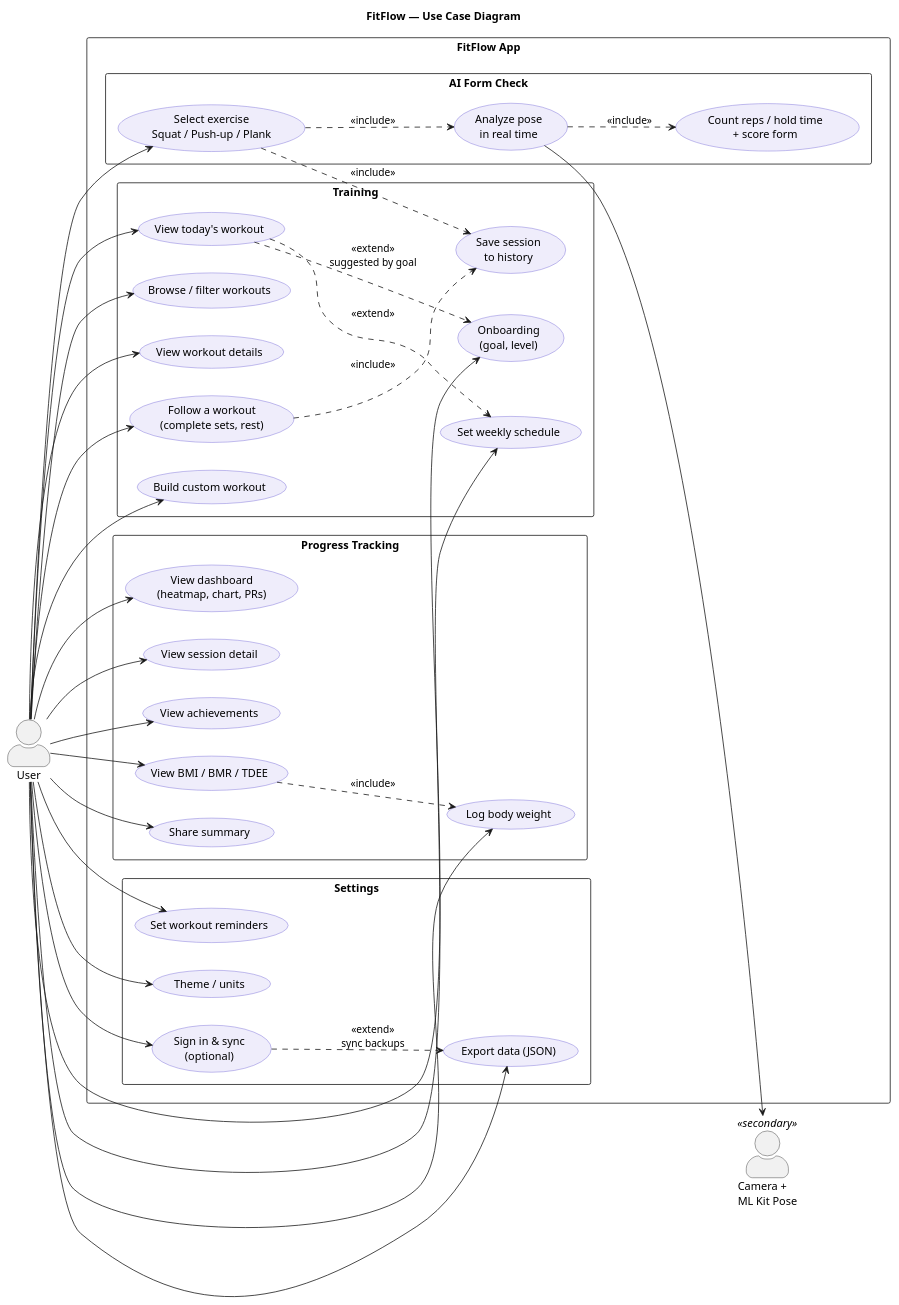
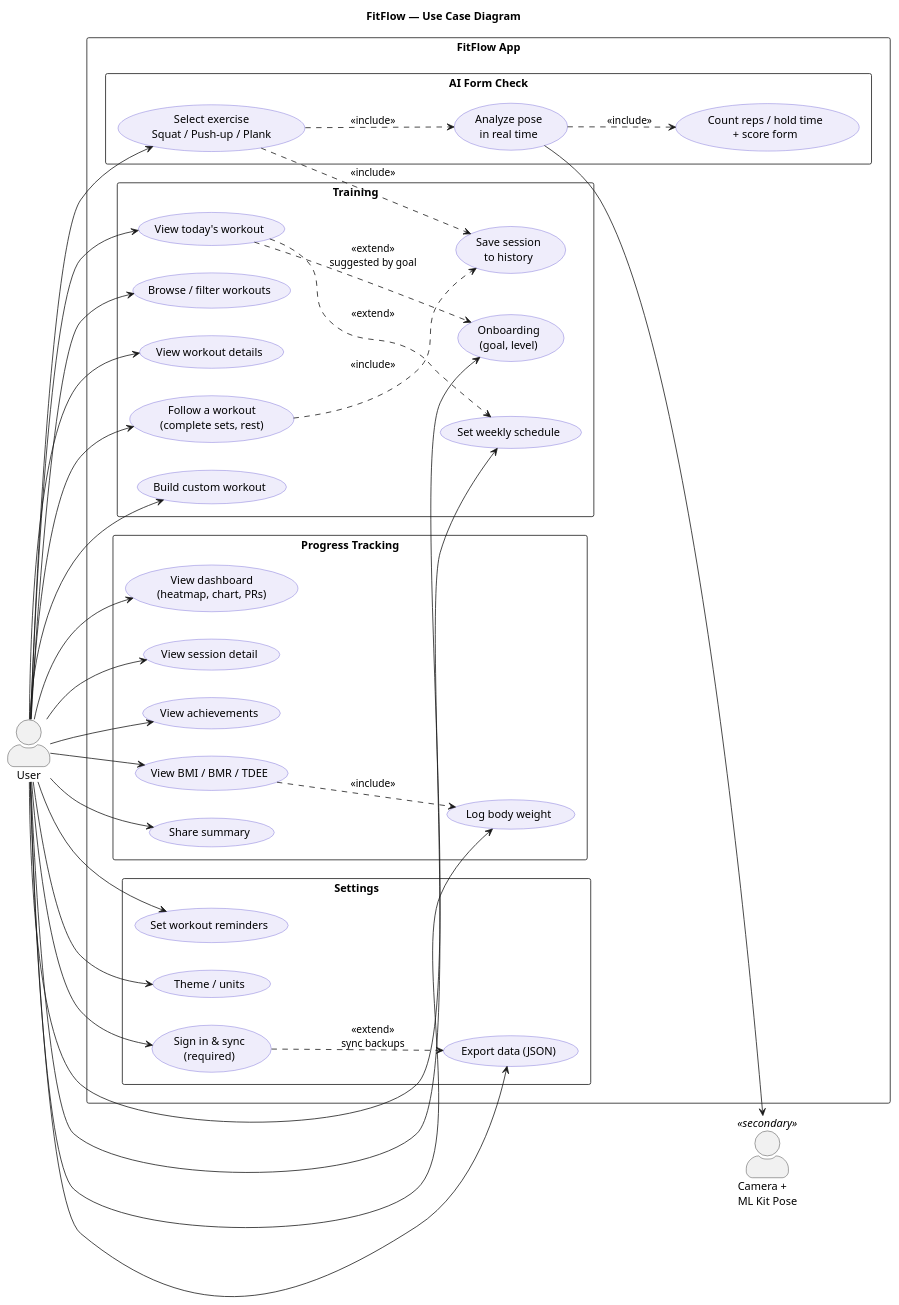
Before and after one commit to PRM-393-G5/fitflow: the diagram in docs/usecase.puml, drawn with PlantUML. The commit also changed 10 other files, not shown here.

```diff
--- a/docs/usecase.puml
+++ b/docs/usecase.puml
@@ -1,79 +1,79 @@
 @startuml FitFlow - Use Case Diagram
 title FitFlow — Use Case Diagram
 left to right direction
 skinparam packageStyle rectangle
 skinparam usecase {
   BackgroundColor #EFEDFB
   BorderColor #6558D3
 }
 skinparam actorStyle awesome
 
 actor "User" as user
 actor "Camera +\nML Kit Pose" as camera << secondary >>
 
 rectangle "FitFlow App" {
 
   package "Training" {
     usecase "Onboarding\n(goal, level)" as UC0
     usecase "View today's workout" as UC1
     usecase "Browse / filter workouts" as UC2
     usecase "View workout details" as UC3
     usecase "Follow a workout\n(complete sets, rest)" as UC4
     usecase "Build custom workout" as UC5
     usecase "Set weekly schedule" as UC6
     usecase "Save session\nto history" as UC7
   }
 
   package "AI Form Check" {
     usecase "Select exercise\nSquat / Push-up / Plank" as UC8
     usecase "Analyze pose\nin real time" as UC9
     usecase "Count reps / hold time\n+ score form" as UC10
   }
 
   package "Progress Tracking" {
     usecase "View dashboard\n(heatmap, chart, PRs)" as UC11
     usecase "View session detail" as UC12
     usecase "View achievements" as UC13
     usecase "Log body weight" as UC14
     usecase "View BMI / BMR / TDEE" as UC15
     usecase "Share summary" as UC16
   }
 
   package "Settings" {
     usecase "Set workout reminders" as UC17
     usecase "Theme / units" as UC18
     usecase "Export data (JSON)" as UC19
-    usecase "Sign in & sync\n(optional)" as UC20
+    usecase "Sign in & sync\n(required)" as UC20
   }
 }
 
 user --> UC0
 user --> UC1
 user --> UC2
 user --> UC3
 user --> UC4
 user --> UC5
 user --> UC6
 user --> UC8
 user --> UC11
 user --> UC12
 user --> UC13
 user --> UC14
 user --> UC15
 user --> UC16
 user --> UC17
 user --> UC18
 user --> UC19
 user --> UC20
 
 UC1 ..> UC0 : <<extend>>\nsuggested by goal
 UC1 ..> UC6 : <<extend>>
 UC4 ..> UC7 : <<include>>
 UC8 ..> UC9 : <<include>>
 UC9 ..> UC10 : <<include>>
 UC8 ..> UC7 : <<include>>
 UC15 ..> UC14 : <<include>>
 UC20 ..> UC19 : <<extend>>\nsync backups
 
 UC9 --> camera
 @enduml
```
